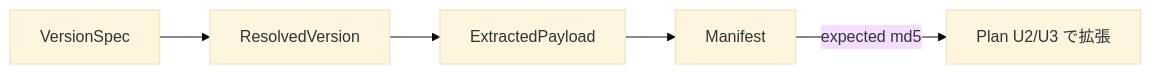
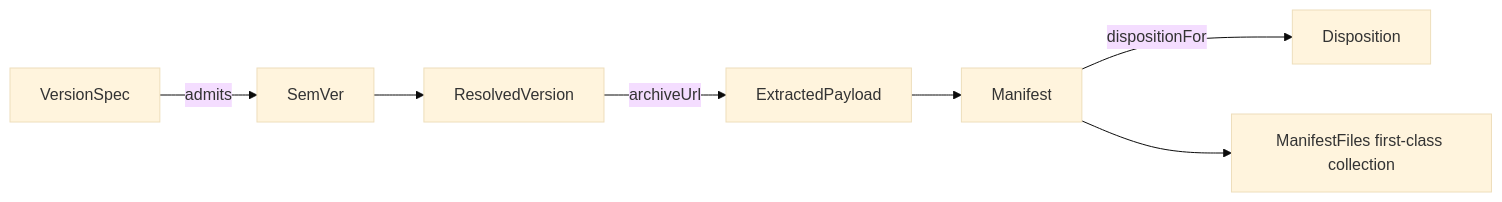
One commit to amadeus-dlc/amadeus changed the diagram in amadeus/spaces/default/intents/260708-installer-distribution/construction/setup-foundation/functional-design/domain-entities.md. Above: the diagram before and after it, drawn with Mermaid (base theme). The commit also changed other lines of this file and 6 other files, not shown here.

````diff
--- a/amadeus/spaces/default/intents/260708-installer-distribution/construction/setup-foundation/functional-design/domain-entities.md
+++ b/amadeus/spaces/default/intents/260708-installer-distribution/construction/setup-foundation/functional-design/domain-entities.md
@@ -71,7 +164,9 @@
 ```mermaid
 flowchart LR
-  VS[VersionSpec] --> RV[ResolvedVersion]
-  RV --> EP[ExtractedPayload]
+  VS[VersionSpec] -->|admits| SV[SemVer]
+  SV --> RV[ResolvedVersion]
+  RV -->|archiveUrl| EP[ExtractedPayload]
   EP --> MF[Manifest]
-  MF -->|expected md5| PLN[Plan U2/U3 で拡張]
+  MF -->|dispositionFor| DP[Disposition]
+  MF --> MFS[ManifestFiles first-class collection]
 ```
````
